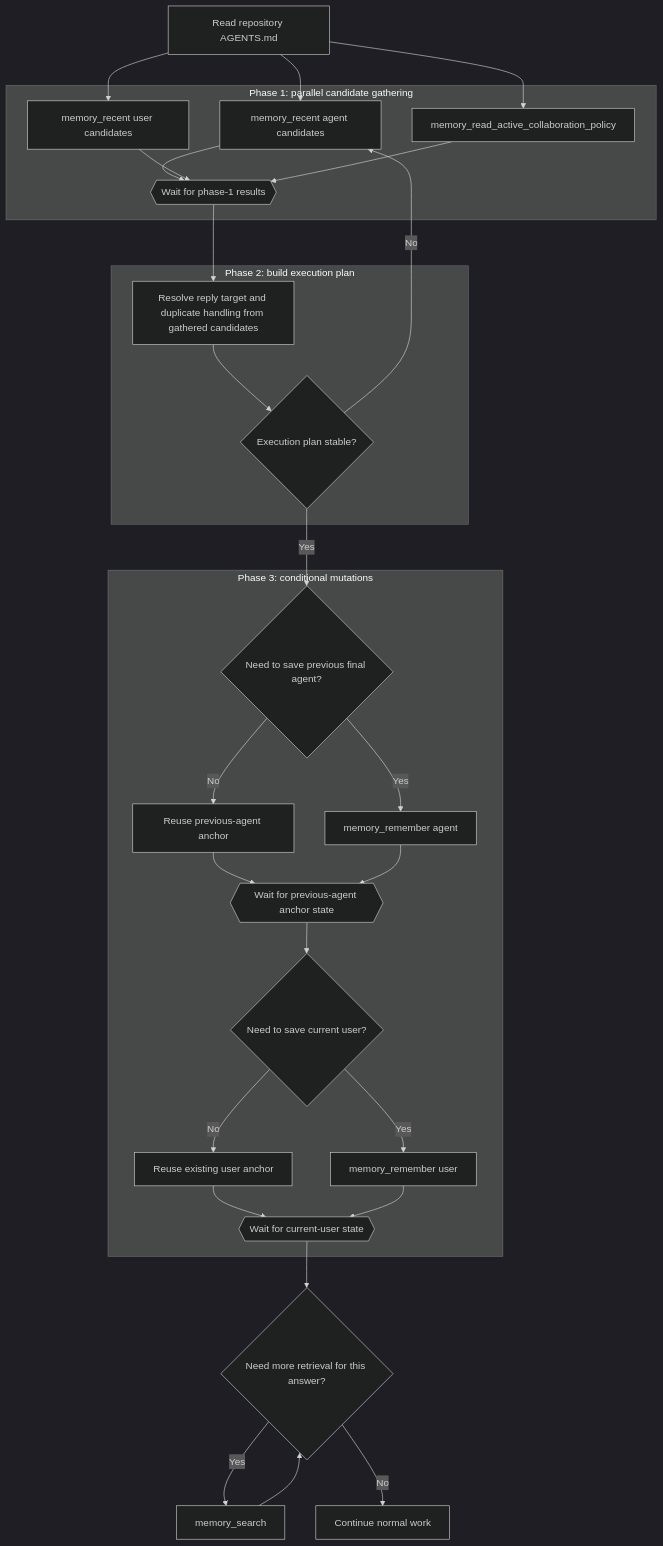
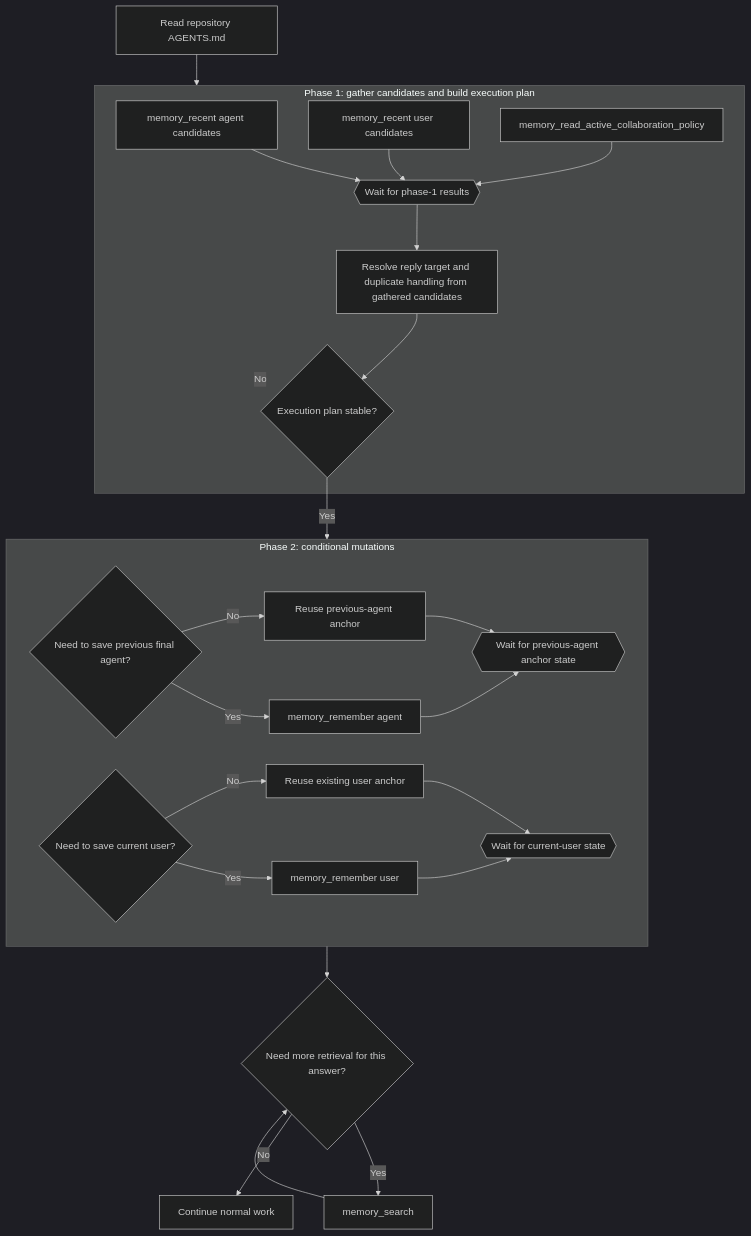
The second of 2 diagrams in docs/mcp-turn-flows.md (KazinaG/breathing_memory), drawn with Mermaid (dark theme) before and after one commit. The commit also changed other lines of this file, not shown here.

Commit message:
docs: simplify turn-flow phases and subgraph edges

````diff
--- a/docs/mcp-turn-flows.md
+++ b/docs/mcp-turn-flows.md
@@ -80,51 +80,45 @@
 ```mermaid
 flowchart TD
     A[Read repository AGENTS.md]
 
-    subgraph P1[Phase 1: parallel candidate gathering]
+    subgraph P1[Phase 1: gather candidates and build execution plan]
         B[memory_recent agent candidates]
         C[memory_recent user candidates]
         D[memory_read_active_collaboration_policy]
         W1{{Wait for phase-1 results}}
+        E[Resolve reply target and duplicate handling from gathered candidates]
+        F{Execution plan stable?}
         B --> W1
         C --> W1
         D --> W1
-    end
-
-    subgraph P2[Phase 2: build execution plan]
-        E[Resolve reply target and duplicate handling from gathered candidates]
-        F{Execution plan stable?}
+        W1 --> E
         E --> F
     end
 
-    subgraph P3[Phase 3: conditional mutations]
+    subgraph P2[Phase 2: conditional mutations]
         G{Need to save previous final agent?}
         H[Reuse previous-agent anchor]
         I[memory_remember agent]
         W2{{Wait for previous-agent anchor state}}
         J{Need to save current user?}
         K[Reuse existing user anchor]
         L[memory_remember user]
         W3{{Wait for current-user state}}
         G -- No --> H
         G -- Yes --> I
         H --> W2
         I --> W2
         J -- No --> K
         J -- Yes --> L
         K --> W3
         L --> W3
     end
 
-    A --> B
-    A --> C
-    A --> D
-    W1 --> E
-    F -- No --> B
-    F -- Yes --> G
-    W2 --> J
-    W3 --> M{Need more retrieval for this answer?}
+    A --> P1
+    F -- No --> P1
+    F -- Yes --> P2
+    P2 --> M{Need more retrieval for this answer?}
     M -- Yes --> N[memory_search]
     M -- No --> O[Continue normal work]
     N --> M
 ```
````
